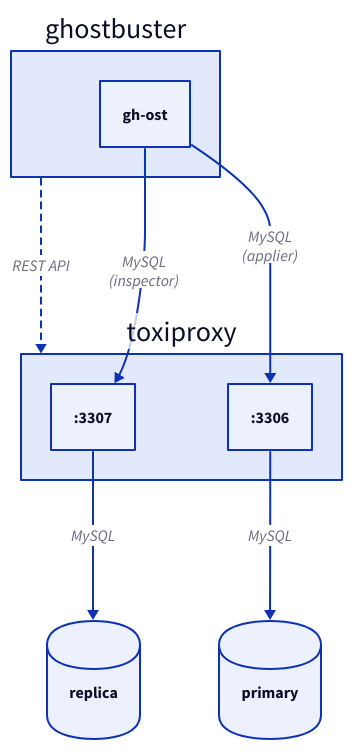
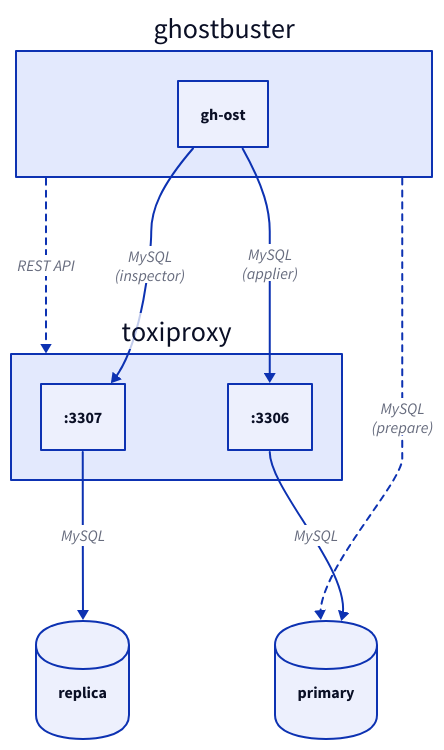
One commit to timvaillancourt/ghostbuster changed the diagram in ghostbuster.d2. Above: the diagram before and after it, drawn with D2. The commit also changed 4 other files, not shown here.

```diff
--- a/ghostbuster.d2
+++ b/ghostbuster.d2
@@ -1,24 +1,27 @@
 ghostbuster: {
   gh-ost: gh-ost
 }
 
 toxiproxy: {
   primary: :3306
   replica: :3307
 }
 
 ghostbuster -> toxiproxy: REST API {
   style.stroke-dash: 3
 }
 ghostbuster.gh-ost -> toxiproxy.primary: MySQL\n(applier)
 ghostbuster.gh-ost -> toxiproxy.replica: MySQL\n(inspector)
 
 primary: {
   shape: cylinder
 }
 replica: {
   shape: cylinder
 }
 
+ghostbuster -> primary: MySQL\n(prepare) {
+  style.stroke-dash: 3
+}
 toxiproxy.primary -> primary: MySQL
 toxiproxy.replica -> replica: MySQL
```
